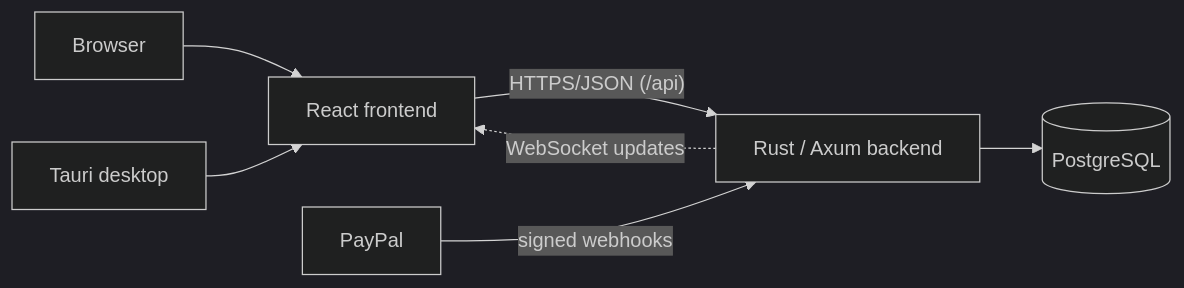
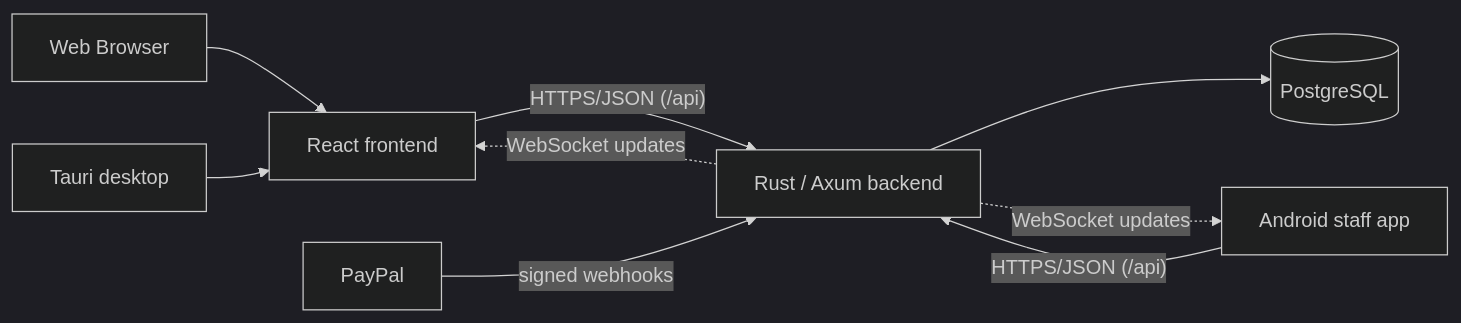
One commit to siewong007/hotel-app-rust changed the diagram in README.md. Above: the diagram before and after it, drawn with Mermaid (dark theme). The commit also changed other lines of this file and 60 other files, not shown here.

````diff
--- a/README.md
+++ b/README.md
@@ -51,9 +44,11 @@
 ```mermaid
 flowchart LR
-    Browser["Browser"] --> React["React frontend"]
+    Browser["Web Browser"] --> React["React frontend"]
     Desktop["Tauri desktop"] --> React
     React -->|"HTTPS/JSON (/api)"| API["Rust / Axum backend"]
+    Android["Android staff app"] -->|"HTTPS/JSON (/api)"| API
     API --> DB[("PostgreSQL")]
     API -.->|"WebSocket updates"| React
+    API -.->|"WebSocket updates"| Android
     PayPal["PayPal"] -->|"signed webhooks"| API
 ```
````
